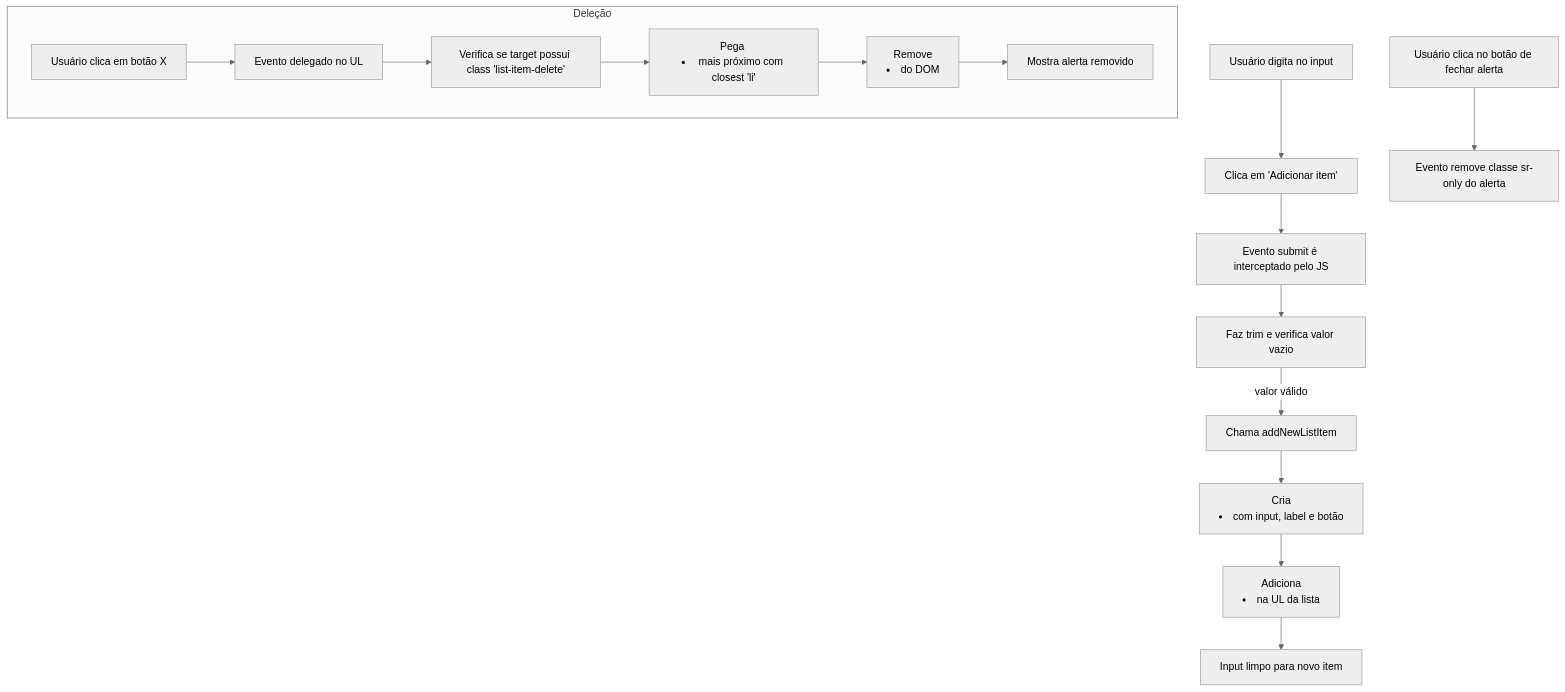
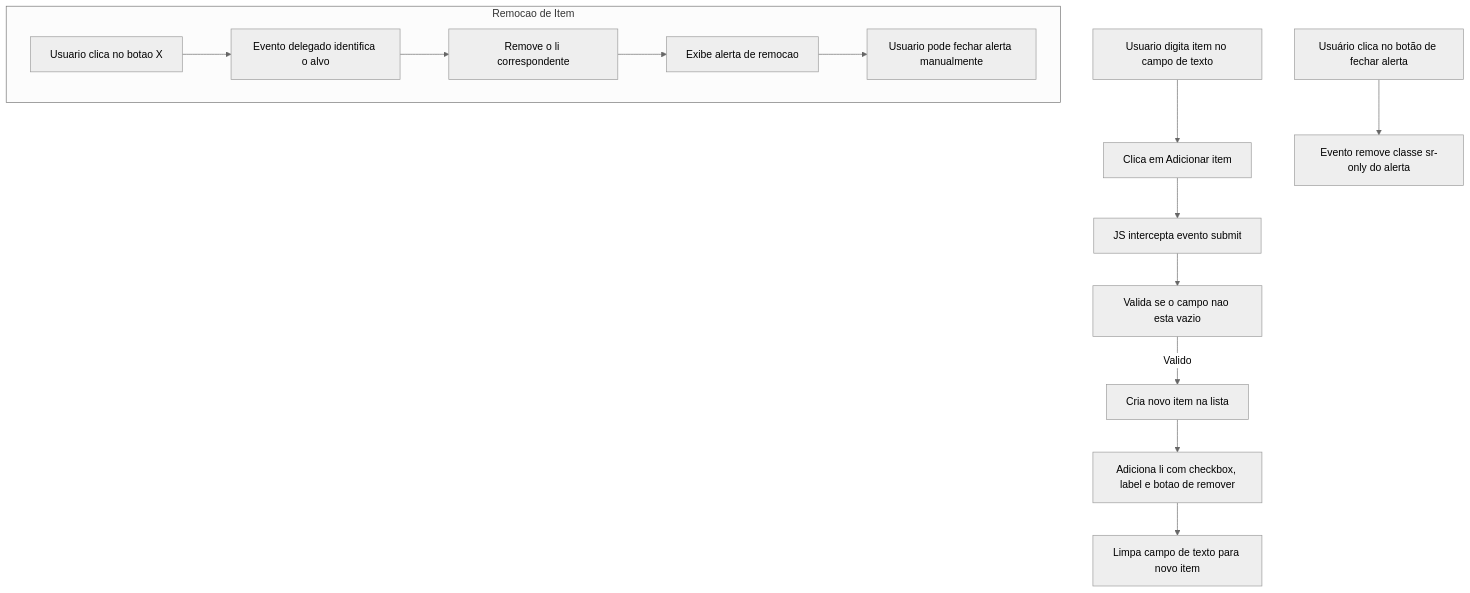
One commit to DevWebFelipe/ListaDeCompras changed the diagram in README.MD. Above: the diagram before and after it, drawn with Mermaid (neutral theme).

````diff
--- a/README.MD
+++ b/README.MD
@@ -23,20 +23,18 @@
 ```mermaid
 graph TD
-    A[Usuário digita no input] --> B[Clica em 'Adicionar item']
-    B --> C[Evento submit é interceptado pelo JS]
-    C --> D[Faz trim e verifica valor vazio]
-    D -->|valor válido| E[Chama addNewListItem]
-    E --> F[Cria <li> com input, label e botão]
-    F --> G[Adiciona <li> na UL da lista]
-    G --> H[Input limpo para novo item]
+   A[Usuario digita item no campo de texto] --> B[Clica em Adicionar item]
+   B --> C[JS intercepta evento submit]
+   C --> D[Valida se o campo nao esta vazio]
+   D -->|Valido| E[Cria novo item na lista]
+   E --> F[Adiciona li com checkbox, label e botao de remover]
+   F --> G[Limpa campo de texto para novo item]
 
-    subgraph Deleção
-    I[Usuário clica em botão X] --> J[Evento delegado no UL]
-    J --> K[Verifica se target possui class 'list-item-delete']
-    K --> L[Pega <li> mais próximo com closest 'li']
-    L --> M[Remove <li> do DOM]
-    M --> N[Mostra alerta removido]
+   subgraph Remocao de Item
+   H[Usuario clica no botao X] --> I[Evento delegado identifica o alvo]
+   I --> J[Remove o li correspondente]
+   J --> K[Exibe alerta de remocao]
+   K --> L[Usuario pode fechar alerta manualmente]
     end
 
     O[Usuário clica no botão de fechar alerta] --> P[Evento remove classe sr-only do alerta]
 ```
````
